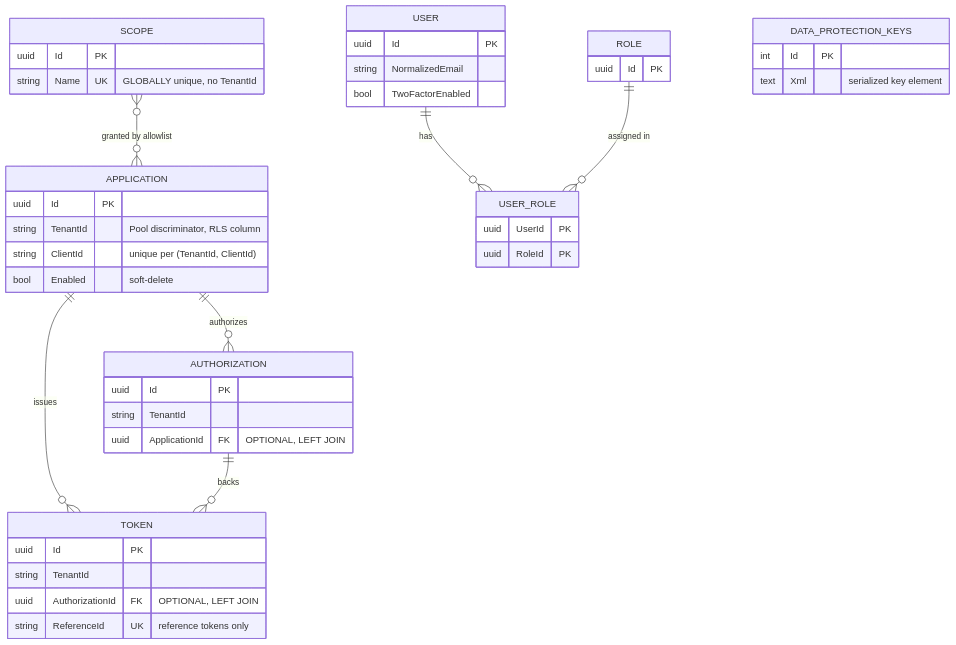
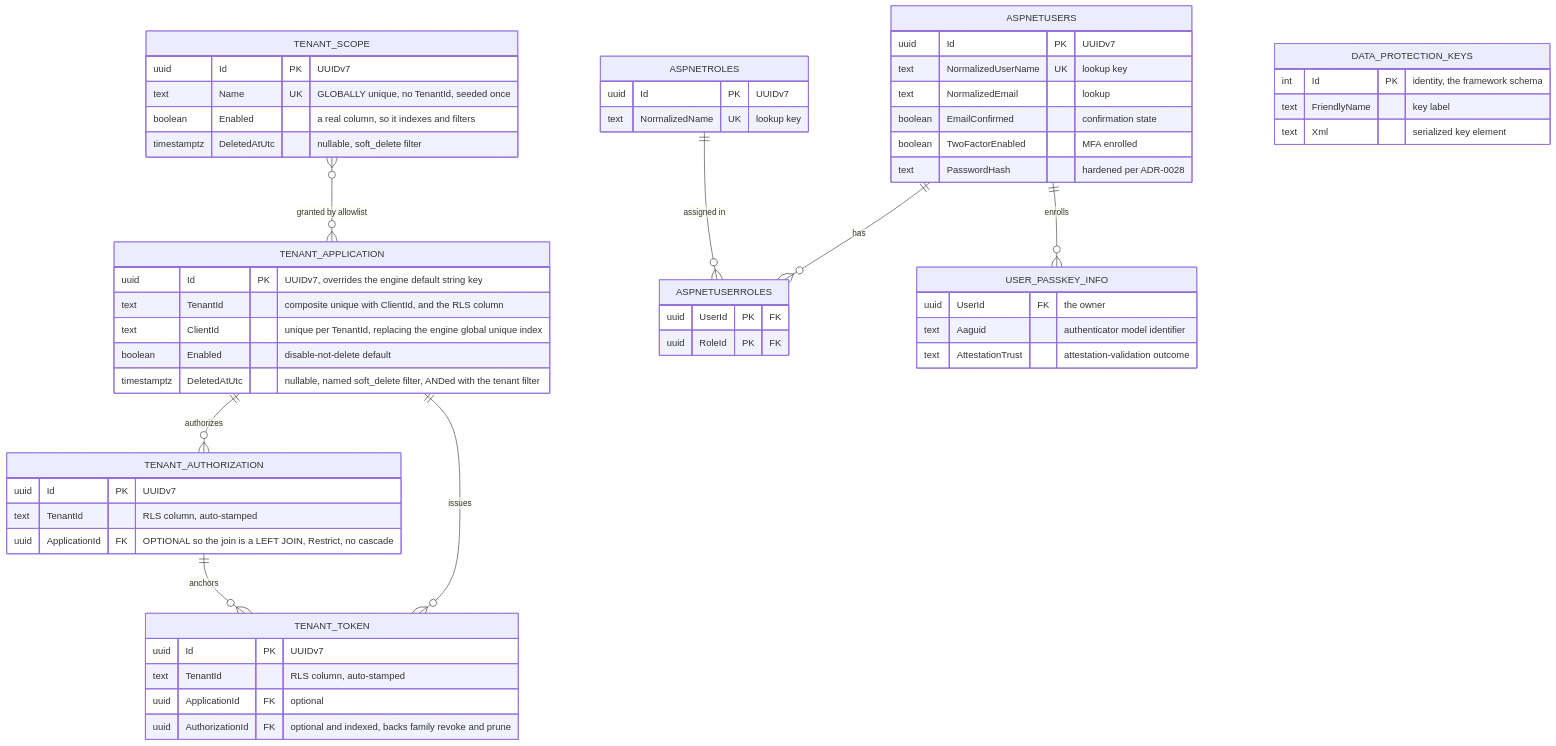
Before and after one commit to namphuongtran/nami: the fourth of 6 diagrams in docs/architecture/05-data.md, drawn with Mermaid. The commit also changed other lines of this file and 10 other files, not shown here.

````diff
--- a/docs/architecture/05-data.md
+++ b/docs/architecture/05-data.md
@@ -173,47 +312,61 @@
 ```mermaid
 erDiagram
-    APPLICATION ||--o{ AUTHORIZATION : "authorizes"
-    APPLICATION ||--o{ TOKEN : "issues"
-    AUTHORIZATION ||--o{ TOKEN : "backs"
-    SCOPE }o--o{ APPLICATION : "granted by allowlist"
-    USER ||--o{ USER_ROLE : "has"
-    ROLE ||--o{ USER_ROLE : "assigned in"
+    TENANT_APPLICATION ||--o{ TENANT_AUTHORIZATION : "authorizes"
+    TENANT_APPLICATION ||--o{ TENANT_TOKEN : "issues"
+    TENANT_AUTHORIZATION ||--o{ TENANT_TOKEN : "anchors"
+    TENANT_SCOPE }o--o{ TENANT_APPLICATION : "granted by allowlist"
+    ASPNETUSERS ||--o{ ASPNETUSERROLES : "has"
+    ASPNETROLES ||--o{ ASPNETUSERROLES : "assigned in"
+    ASPNETUSERS ||--o{ USER_PASSKEY_INFO : "enrolls"
 
-    APPLICATION {
-        uuid Id PK
-        string TenantId "Pool discriminator, RLS column"
-        string ClientId "unique per (TenantId, ClientId)"
-        bool Enabled "soft-delete"
+    TENANT_APPLICATION {
+        uuid Id PK "UUIDv7, overrides the engine default string key"
+        text TenantId "composite unique with ClientId, and the RLS column"
+        text ClientId "unique per TenantId, replacing the engine global unique index"
+        boolean Enabled "disable-not-delete default"
+        timestamptz DeletedAtUtc "nullable, named soft_delete filter, ANDed with the tenant filter"
     }
-    AUTHORIZATION {
-        uuid Id PK
-        string TenantId
-        uuid ApplicationId FK "OPTIONAL, LEFT JOIN"
+    TENANT_AUTHORIZATION {
+        uuid Id PK "UUIDv7"
+        text TenantId "RLS column, auto-stamped"
+        uuid ApplicationId FK "OPTIONAL so the join is a LEFT JOIN, Restrict, no cascade"
     }
-    TOKEN {
-        uuid Id PK
-        string TenantId
-        uuid AuthorizationId FK "OPTIONAL, LEFT JOIN"
-        string ReferenceId UK "reference tokens only"
+    TENANT_TOKEN {
+        uuid Id PK "UUIDv7"
+        text TenantId "RLS column, auto-stamped"
+        uuid ApplicationId FK "optional"
+        uuid AuthorizationId FK "optional and indexed, backs family revoke and prune"
     }
-    SCOPE {
-        uuid Id PK
-        string Name UK "GLOBALLY unique, no TenantId"
+    TENANT_SCOPE {
+        uuid Id PK "UUIDv7"
+        text Name UK "GLOBALLY unique, no TenantId, seeded once"
+        boolean Enabled "a real column, so it indexes and filters"
+        timestamptz DeletedAtUtc "nullable, soft_delete filter"
     }
-    USER {
-        uuid Id PK
-        string NormalizedEmail
-        bool TwoFactorEnabled
+    ASPNETUSERS {
+        uuid Id PK "UUIDv7"
+        text NormalizedUserName UK "lookup key"
+        text NormalizedEmail "lookup"
+        boolean EmailConfirmed "confirmation state"
+        boolean TwoFactorEnabled "MFA enrolled"
+        text PasswordHash "hardened per ADR-0028"
     }
-    ROLE {
-        uuid Id PK
+    ASPNETROLES {
+        uuid Id PK "UUIDv7"
+        text NormalizedName UK "lookup key"
     }
-    USER_ROLE {
-        uuid UserId PK
-        uuid RoleId PK
+    ASPNETUSERROLES {
+        uuid UserId PK "FK"
+        uuid RoleId PK "FK"
+    }
+    USER_PASSKEY_INFO {
+        uuid UserId FK "the owner"
+        text Aaguid "authenticator model identifier"
+        text AttestationTrust "attestation-validation outcome"
     }
     DATA_PROTECTION_KEYS {
-        int Id PK
+        int Id PK "identity, the framework schema"
+        text FriendlyName "key label"
         text Xml "serialized key element"
     }
 ```
````
